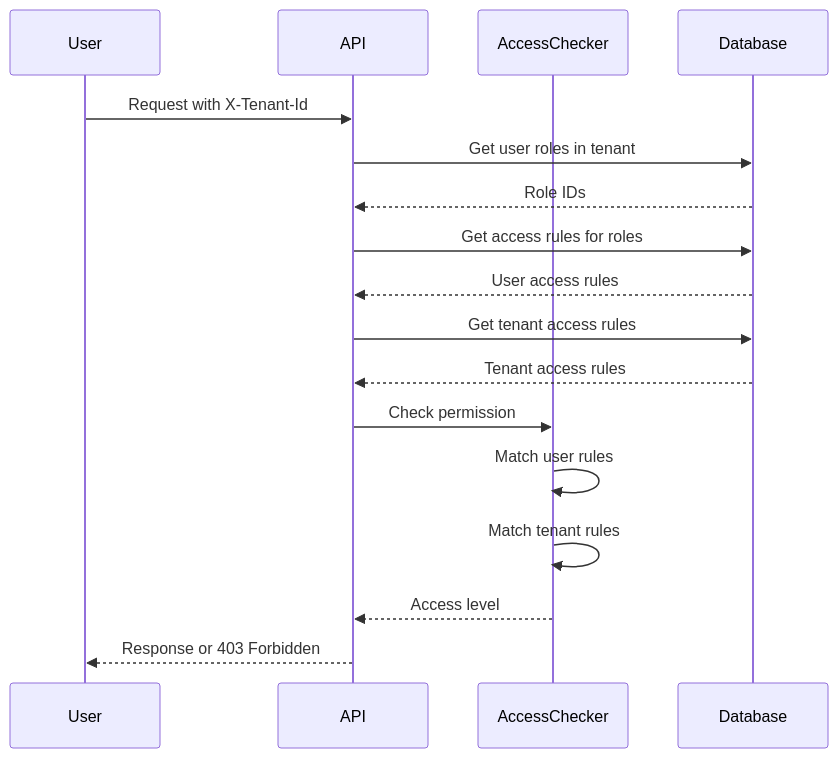
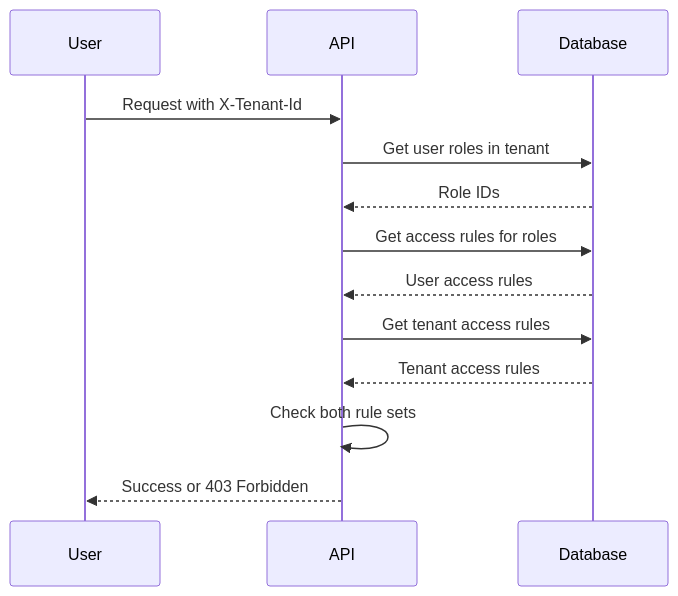
One commit to bbvch-ai/aihub-core changed the diagram in aihub_doc/docs/2_platform/15_multi_tenancy/4_access_control/index.en.md. Above: the diagram before and after it, drawn with Mermaid. The commit also changed other lines of this file and 4 other files, not shown here.

````diff
--- a/aihub_doc/docs/2_platform/15_multi_tenancy/4_access_control/index.en.md
+++ b/aihub_doc/docs/2_platform/15_multi_tenancy/4_access_control/index.en.md
@@ -25,20 +48,16 @@
 ```mermaid
 sequenceDiagram
     participant User
     participant API
-    participant AccessChecker
     participant Database
 
     User->>API: Request with X-Tenant-Id
     API->>Database: Get user roles in tenant
     Database-->>API: Role IDs
     API->>Database: Get access rules for roles
     Database-->>API: User access rules
     API->>Database: Get tenant access rules
     Database-->>API: Tenant access rules
-    API->>AccessChecker: Check permission
-    AccessChecker->>AccessChecker: Match user rules
-    AccessChecker->>AccessChecker: Match tenant rules
-    AccessChecker-->>API: Access level
-    API-->>User: Response or 403 Forbidden
+    API->>API: Check both rule sets
+    API-->>User: Success or 403 Forbidden
 ```
````
